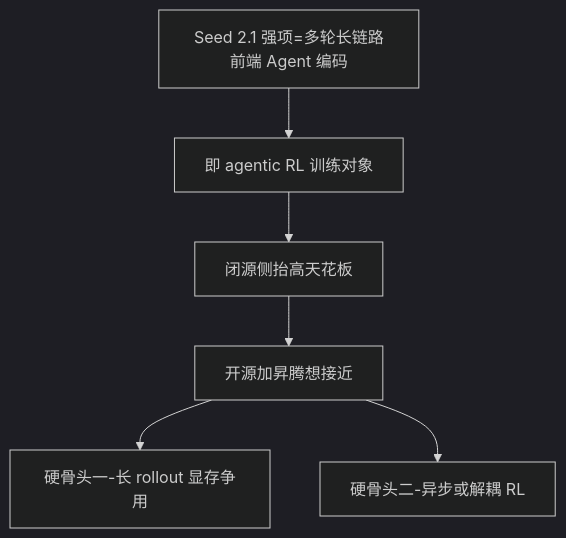
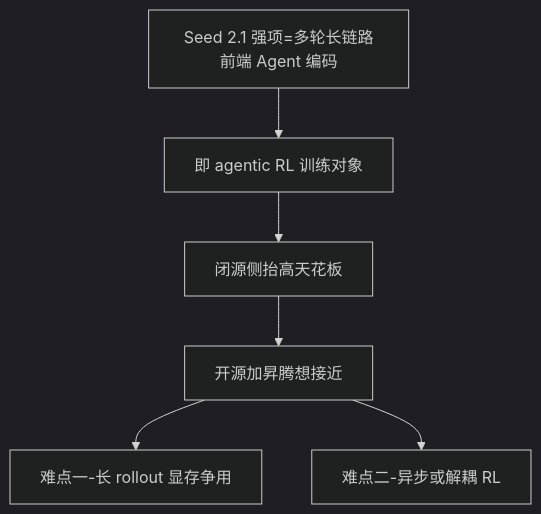
The third of 3 diagrams in docs/blog/dispatch-01-seed-2-1.md (lloo099/mission44), drawn with Mermaid (dark theme) before and after one commit. The commit also changed other lines of this file and 22 other files, not shown here.

````diff
--- a/docs/blog/dispatch-01-seed-2-1.md
+++ b/docs/blog/dispatch-01-seed-2-1.md
@@ -79,12 +79,12 @@
 ```mermaid
 flowchart TD
   A["Seed 2.1 强项=多轮长链路前端 Agent 编码"]
   B["即 agentic RL 训练对象"]
   C["闭源侧抬高天花板"]
   D["开源加昇腾想接近"]
-  E["硬骨头一-长 rollout 显存争用"]
-  F["硬骨头二-异步或解耦 RL"]
+  E["难点一-长 rollout 显存争用"]
+  F["难点二-异步或解耦 RL"]
   A --> B --> C --> D
   D --> E
   D --> F
 ```
````
